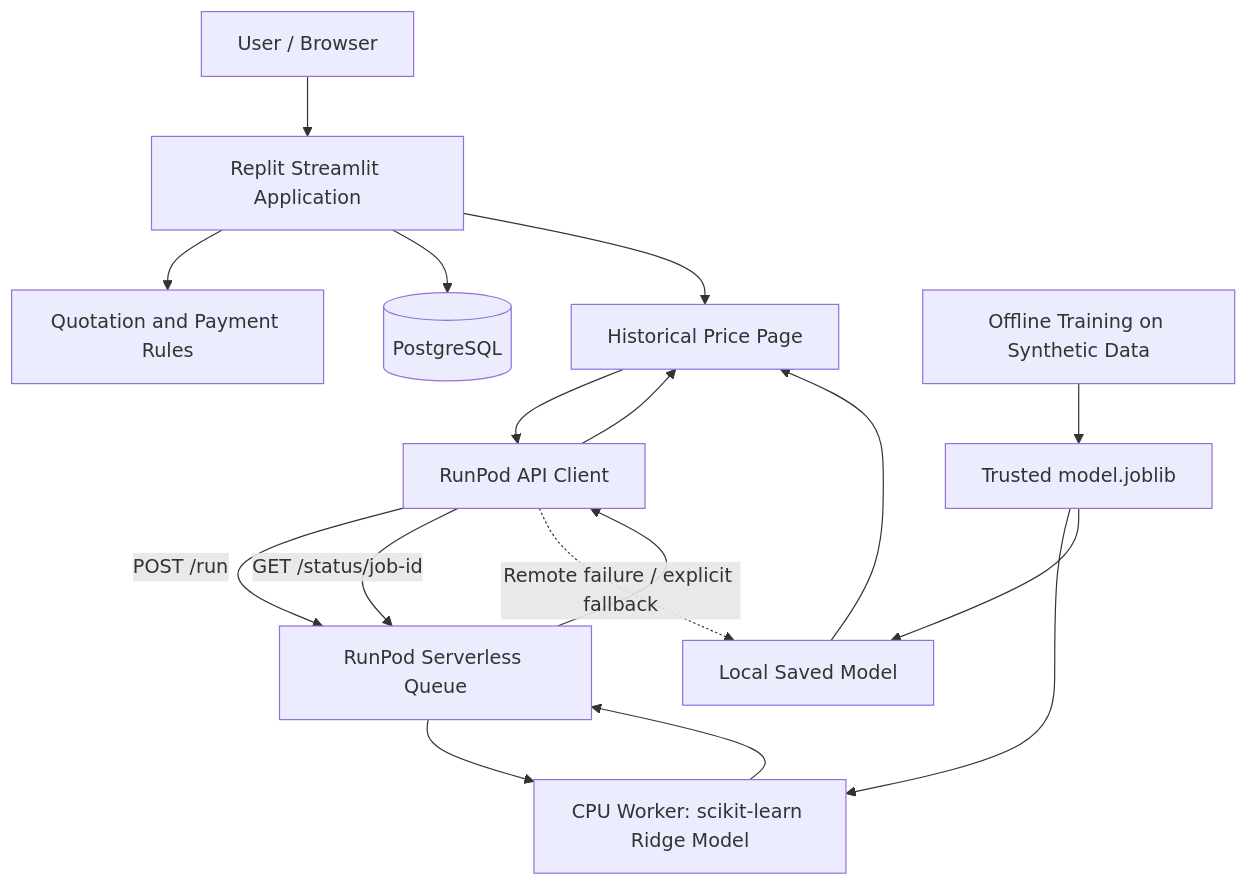
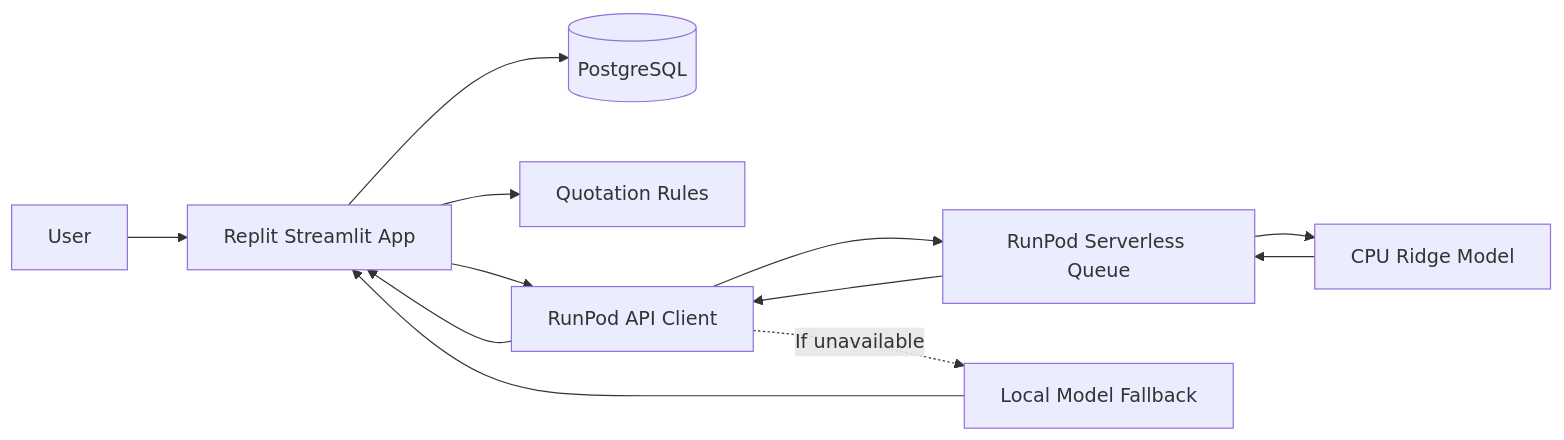
One commit to The-Wildest-Dream/SDC-project changed the diagram in README.md. Above: the diagram before and after it, drawn with Mermaid. The commit also changed other lines of this file, not shown here.

````diff
--- a/README.md
+++ b/README.md
@@ -123,19 +100,14 @@
 ```mermaid
-flowchart TD
-    U[User / Browser] --> R[Replit Streamlit Application]
-    R --> P[Quotation and Payment Rules]
-    R --> DB[(PostgreSQL)]
-    R --> H[Historical Price Page]
-    H --> C[RunPod API Client]
-    C -->|POST /run| Q[RunPod Serverless Queue]
-    C -->|GET /status/job-id| Q
-    Q --> W[CPU Worker: scikit-learn Ridge Model]
-    W --> Q
+flowchart LR
+    U[User] --> A[Replit Streamlit App]
+    A --> D[(PostgreSQL)]
+    A --> R[Quotation Rules]
+    A --> C[RunPod API Client]
+    C --> Q[RunPod Serverless Queue]
+    Q --> M[CPU Ridge Model]
+    M --> Q
     Q --> C
-    C --> H
-    C -. Remote failure / explicit fallback .-> L[Local Saved Model]
-    L --> H
-    T[Offline Training on Synthetic Data] --> A[Trusted model.joblib]
-    A --> W
-    A --> L
+    C -. If unavailable .-> F[Local Model Fallback]
+    C --> A
+    F --> A
 ```
````
